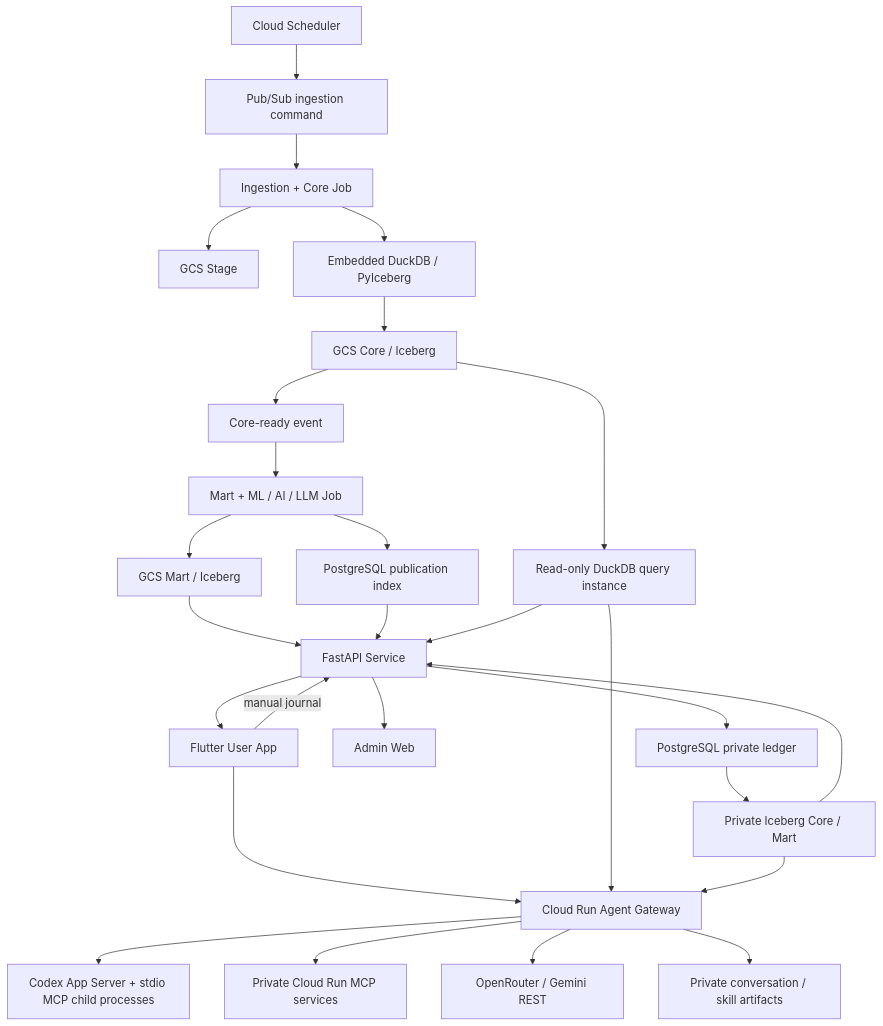
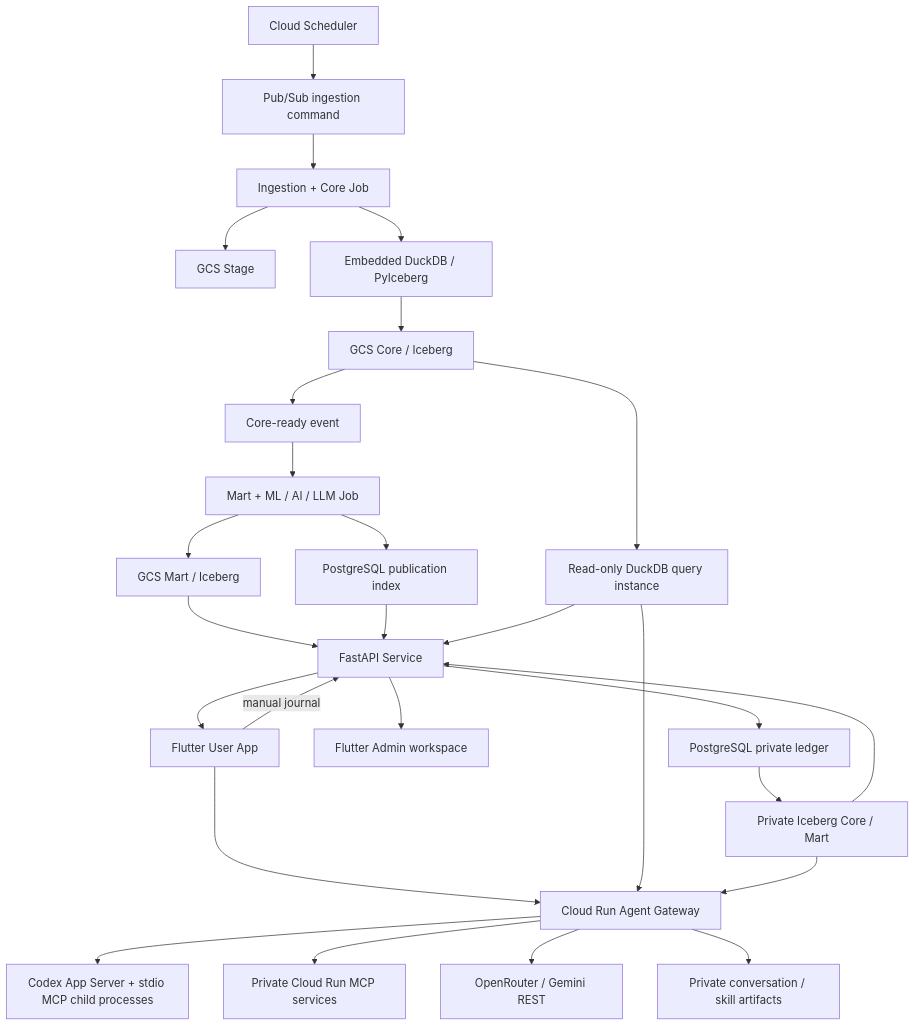
One commit to tommylin15/janus-omniforge changed the diagram in doc/spec/repository-and-gcp.md. Above: the diagram before and after it, drawn with Mermaid. The commit also changed other lines of this file and 27 other files, not shown here.

````diff
--- a/doc/spec/repository-and-gcp.md
+++ b/doc/spec/repository-and-gcp.md
@@ -41,29 +42,29 @@
 ```mermaid
 flowchart TD
     A["Cloud Scheduler"] --> B["Pub/Sub ingestion command"]
     B --> C["Ingestion + Core Job"]
     C --> D["GCS Stage"]
     C --> E["Embedded DuckDB / PyIceberg"]
     E --> F["GCS Core / Iceberg"]
     F --> G["Core-ready event"]
     G --> H["Mart + ML / AI / LLM Job"]
     H --> I["GCS Mart / Iceberg"]
     H --> J["PostgreSQL publication index"]
     I --> K["FastAPI Service"]
     J --> K
     K --> M["Flutter User App"]
-    K --> N["Admin Web"]
+    K --> N["Flutter Admin workspace"]
     M -->|"manual journal"| K
     K --> O["PostgreSQL private ledger"]
     O --> P["Private Iceberg Core / Mart"]
     P --> K
     F --> L["Read-only DuckDB query instance"]
     L --> K
     M --> Q["Cloud Run Agent Gateway"]
     Q --> R["Codex App Server + stdio MCP child processes"]
     Q --> S["Private Cloud Run MCP services"]
     Q --> T["OpenRouter / Gemini REST"]
     L --> Q
     P --> Q
     Q --> U["Private conversation / skill artifacts"]
 ```
````
